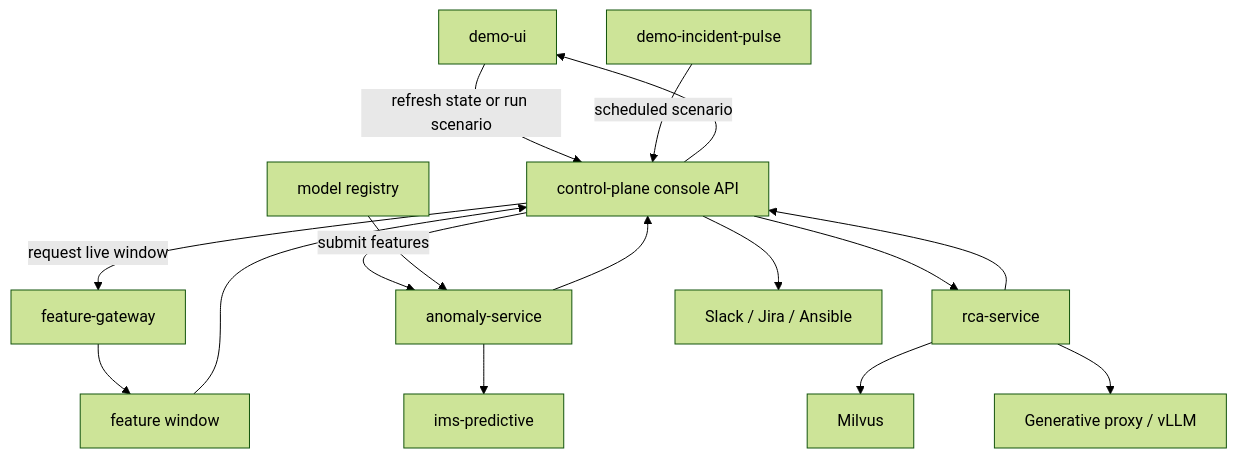
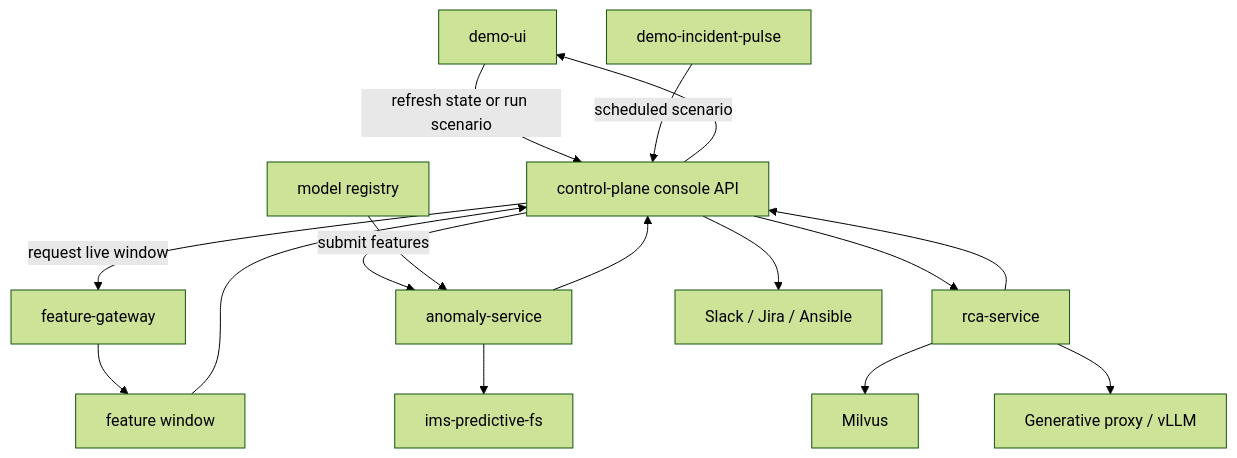
One commit to rh-telco-tigers/Autonomous-Network-Intelligence-Anomaly-Detection-with-Red-Hat-OpenShift-AI changed the fourth of 6 diagrams in docs/architecture/engineering-spec.md. Above: the diagram before and after it, drawn with Mermaid (forest theme). The commit also changed other lines of this file and 51 other files, not shown here.

````diff
--- a/docs/architecture/engineering-spec.md
+++ b/docs/architecture/engineering-spec.md
@@ -196,31 +199,31 @@
 ```mermaid
 flowchart TD
   UI["demo-ui"]
   Pulse["demo-incident-pulse"]
   CP["control-plane console API"]
   FG["feature-gateway"]
   Window["feature window"]
   AN["anomaly-service"]
   Registry["model registry"]
-  KServe["ims-predictive"]
+  KServe["ims-predictive-fs"]
   RCA["rca-service"]
   Milvus["Milvus"]
   LLM["Generative proxy / vLLM"]
   Actions["Slack / Jira / Ansible"]
 
   UI -->|refresh state or run scenario| CP
   Pulse -->|scheduled scenario| CP
   CP -->|request live window| FG
   FG --> Window
   Window --> CP
   CP -->|submit features| AN
   Registry --> AN
   AN --> KServe
   AN --> CP
   CP --> RCA
   RCA --> Milvus
   RCA --> LLM
   RCA --> CP
   CP --> UI
   CP --> Actions
 ```
````
